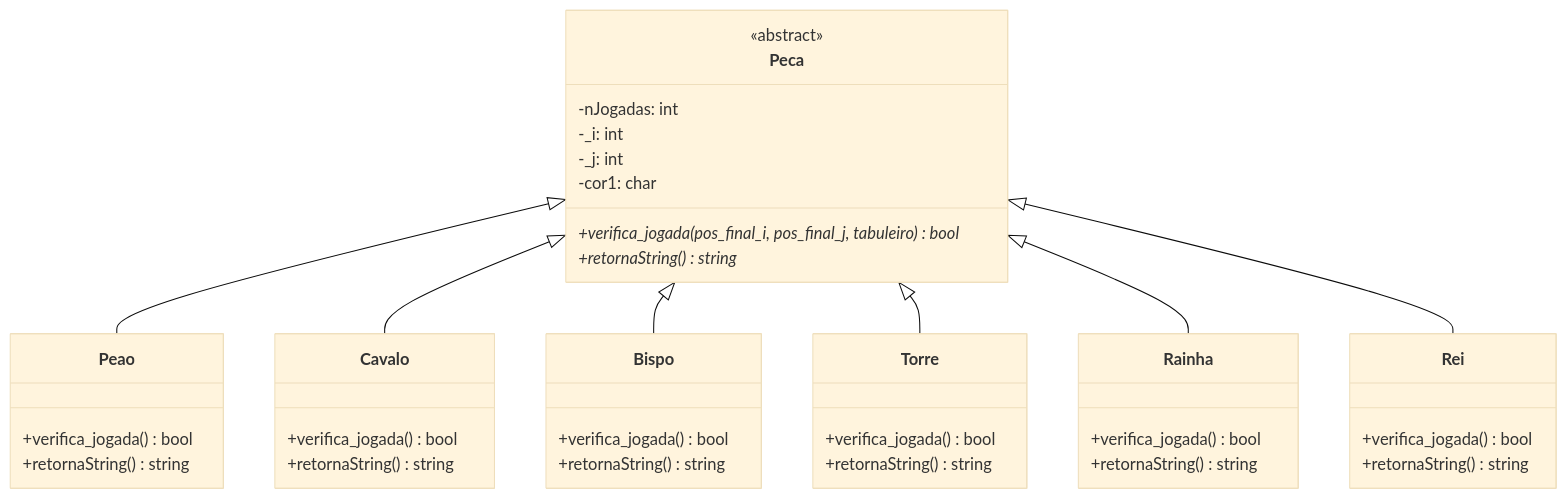
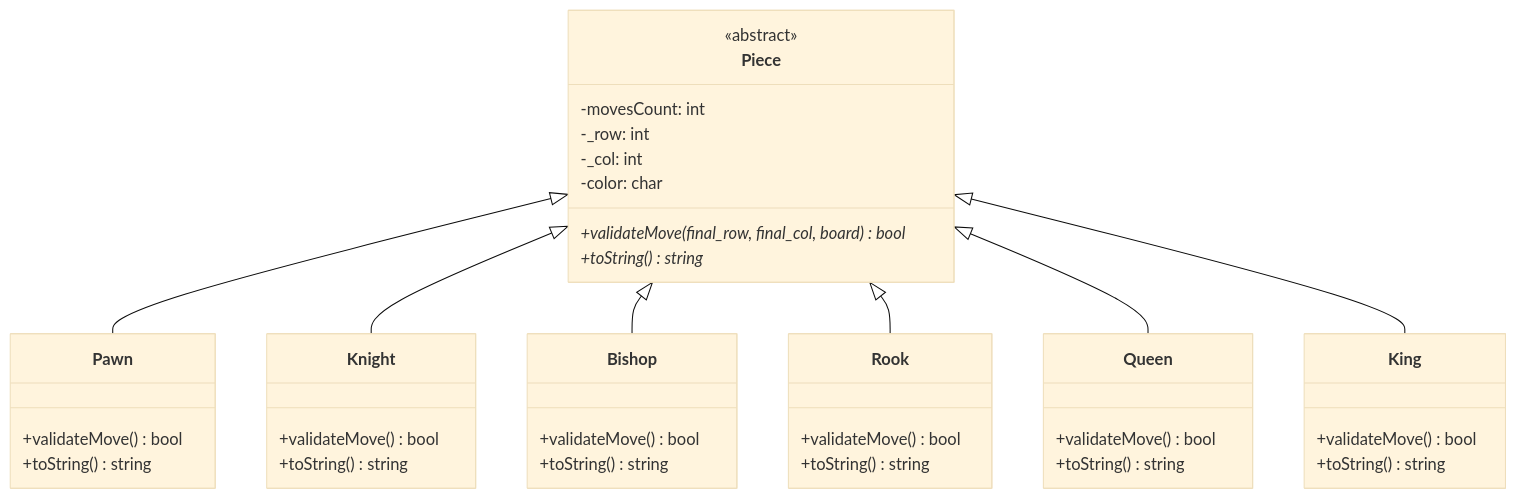
The diagram in README.md (lucas-bellinazzi/Chess-Game-Version-3-Polymorphism), drawn with Mermaid (base theme) before and after one commit. The commit also changed other lines of this file and 39 other files, not shown here.

````diff
--- a/README.md
+++ b/README.md
@@ -175,43 +175,43 @@
 ```mermaid
 classDiagram
-    class Peca {
+    class Piece {
         <<abstract>>
-        -nJogadas: int
-        -_i: int
-        -_j: int
-        -cor1: char
-        +verifica_jogada(pos_final_i, pos_final_j, tabuleiro)* bool
-        +retornaString()* string
+        -movesCount: int
+        -_row: int
+        -_col: int
+        -color: char
+        +validateMove(final_row, final_col, board)* bool
+        +toString()* string
     }
-    class Peao {
-        +verifica_jogada() bool
-        +retornaString() string
+    class Pawn {
+        +validateMove() bool
+        +toString() string
     }
-    class Cavalo {
-        +verifica_jogada() bool
-        +retornaString() string
+    class Knight {
+        +validateMove() bool
+        +toString() string
     }
-    class Bispo {
-        +verifica_jogada() bool
-        +retornaString() string
+    class Bishop {
+        +validateMove() bool
+        +toString() string
     }
-    class Torre {
-        +verifica_jogada() bool
-        +retornaString() string
+    class Rook {
+        +validateMove() bool
+        +toString() string
     }
-    class Rainha {
-        +verifica_jogada() bool
-        +retornaString() string
+    class Queen {
+        +validateMove() bool
+        +toString() string
     }
-    class Rei {
-        +verifica_jogada() bool
-        +retornaString() string
+    class King {
+        +validateMove() bool
+        +toString() string
     }
     
-    Peca <|-- Peao
-    Peca <|-- Cavalo
-    Peca <|-- Bispo
-    Peca <|-- Torre
-    Peca <|-- Rainha
-    Peca <|-- Rei
+    Piece <|-- Pawn
+    Piece <|-- Knight
+    Piece <|-- Bishop
+    Piece <|-- Rook
+    Piece <|-- Queen
+    Piece <|-- King
 ```
````
